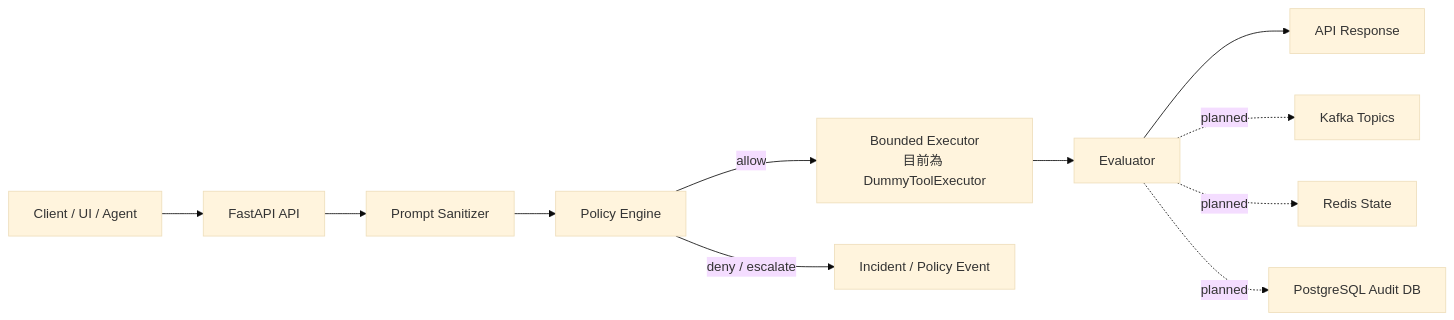
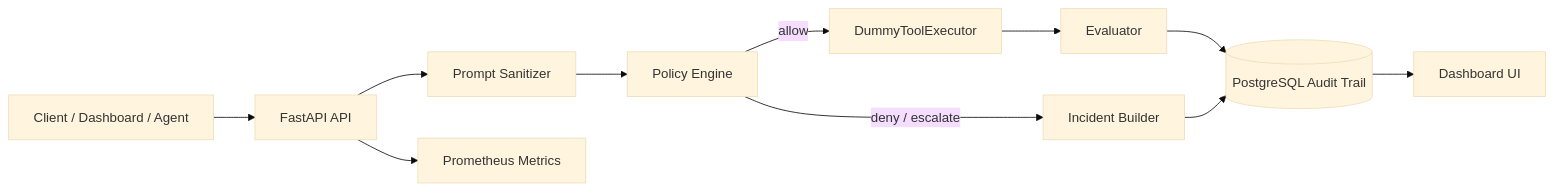
Before and after one commit to leo459028/RewardHacking: the first of 2 diagrams in docs/architecture.md, drawn with Mermaid (base theme). The commit also changed other lines of this file and 14 other files, not shown here.

````diff
--- a/docs/architecture.md
+++ b/docs/architecture.md
@@ -15,13 +9,13 @@
 ```mermaid
 flowchart LR
-  C["Client / UI / Agent"] --> A["FastAPI API"]
+  C["Client / Dashboard / Agent"] --> A["FastAPI API"]
   A --> S["Prompt Sanitizer"]
   S --> P["Policy Engine"]
-  P -->|allow| X["Bounded Executor<br/>目前為 DummyToolExecutor"]
-  P -->|deny / escalate| I["Incident / Policy Event"]
+  P -->|allow| X["DummyToolExecutor"]
+  P -->|deny / escalate| I["Incident Builder"]
   X --> E["Evaluator"]
-  E --> O["API Response"]
-  E -.planned.-> K["Kafka Topics"]
-  E -.planned.-> R["Redis State"]
-  E -.planned.-> D["PostgreSQL Audit DB"]
+  E --> DB[("PostgreSQL Audit Trail")]
+  I --> DB
+  DB --> UI["Dashboard UI"]
+  A --> M["Prometheus Metrics"]
 ```
````
